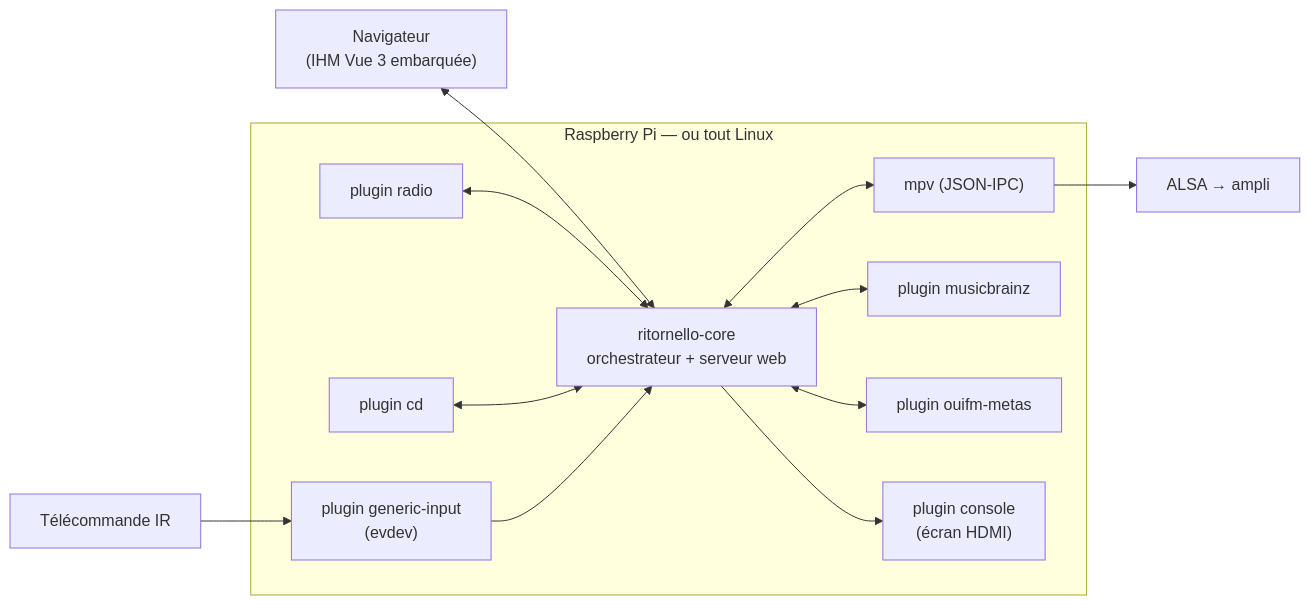
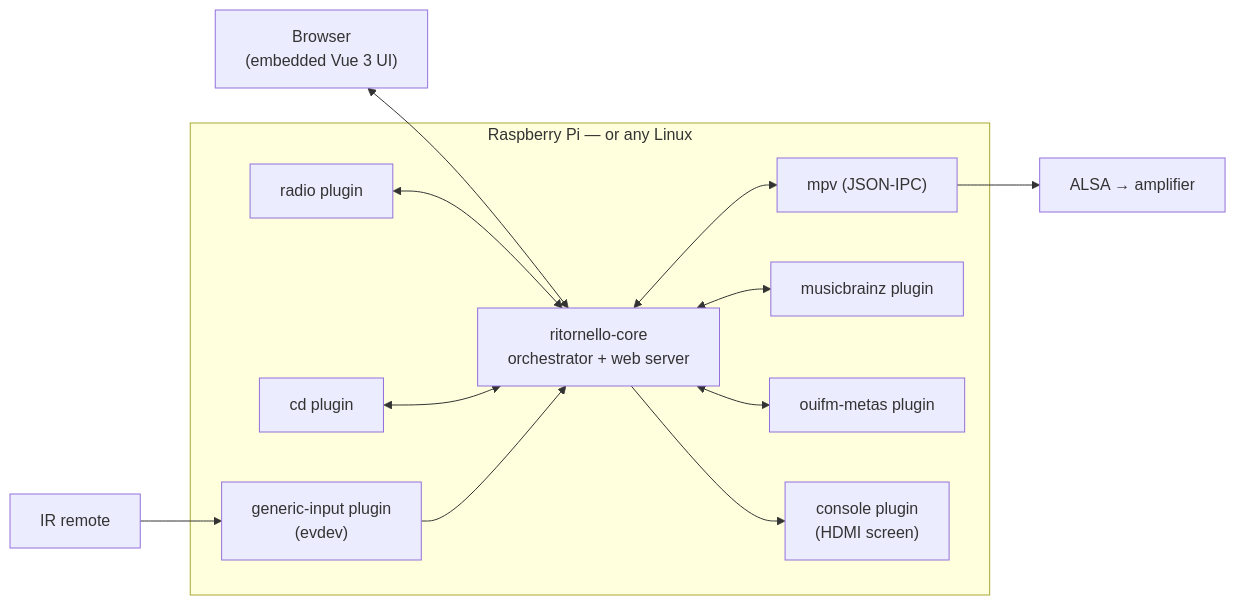
One commit to skerdudou/ritornello changed the diagram in README.md. Above: the diagram before and after it, drawn with Mermaid. The commit also changed other lines of this file and 11 other files, not shown here.

````diff
--- a/README.md
+++ b/README.md
@@ -44,17 +44,17 @@
 ```mermaid
 flowchart LR
-    ir["Télécommande IR"] --> input
-    navigateur["Navigateur<br/>(IHM Vue 3 embarquée)"] <--> core
-    subgraph appareil["Raspberry Pi — ou tout Linux"]
-        core["ritornello-core<br/>orchestrateur + serveur web"]
+    ir["IR remote"] --> input
+    browser["Browser<br/>(embedded Vue 3 UI)"] <--> core
+    subgraph device["Raspberry Pi — or any Linux"]
+        core["ritornello-core<br/>orchestrator + web server"]
         mpv["mpv (JSON-IPC)"]
-        radio["plugin radio"] <--> core
-        cd["plugin cd"] <--> core
-        core <--> mb["plugin musicbrainz"]
-        core <--> ouifm["plugin ouifm-metas"]
-        input["plugin generic-input<br/>(evdev)"] --> core
-        core --> console["plugin console<br/>(écran HDMI)"]
+        radio["radio plugin"] <--> core
+        cd["cd plugin"] <--> core
+        core <--> mb["musicbrainz plugin"]
+        core <--> ouifm["ouifm-metas plugin"]
+        input["generic-input plugin<br/>(evdev)"] --> core
+        core --> console["console plugin<br/>(HDMI screen)"]
         core <--> mpv
     end
-    mpv --> hp["ALSA → ampli"]
+    mpv --> hp["ALSA → amplifier"]
 ```
````
